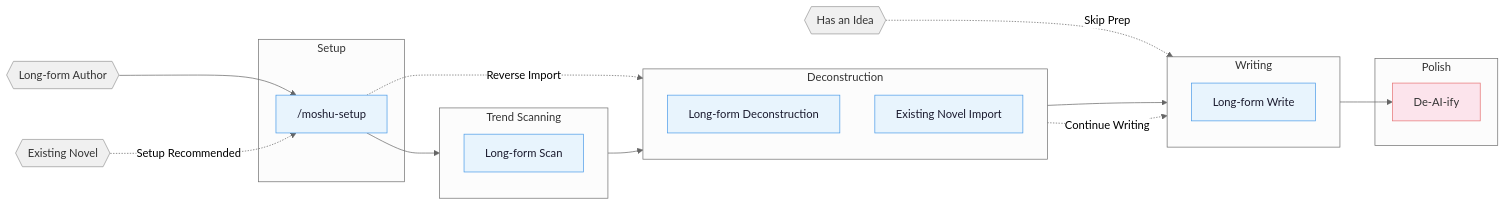
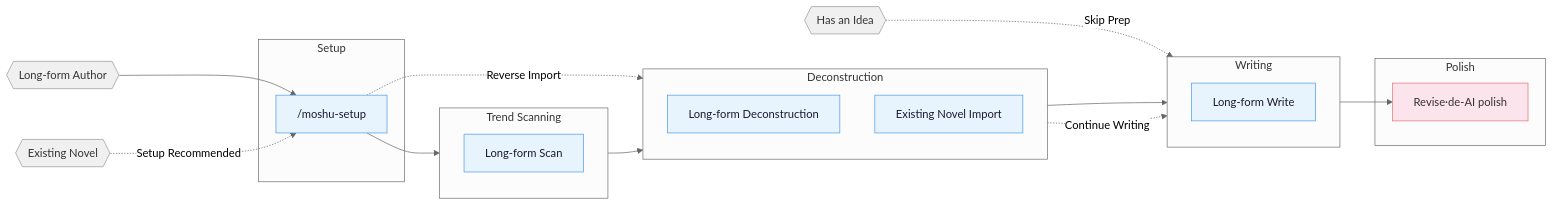
One commit to Chained1001/mo-shu changed the diagram in README_EN.md. Above: the diagram before and after it, drawn with Mermaid (neutral theme). The commit also changed other lines of this file and 52 other files, not shown here.

Commit message:
b95: 写作模式重构——单章+日更并统一逐章写作车道（K 参数/删 workflow-chapter）+A 段分级（批中轻量 A'+三个每章差异项）+三遍法批内时序+滚动补纲预告+改稿两路（文字打磨[deslop 收编方法论并入]/问题修复）+删 moshu-deslop 技能 12→11（shared-assets source 迁 write+marketplace/CLAUDE.tmpl/review 四出口涟漪）+chapter-core 四处去重归位+E 组章纲打磨补强

````diff
--- a/README_EN.md
+++ b/README_EN.md
@@ -25,44 +25,44 @@
 ```mermaid
 flowchart LR
     classDef entry fill:#f0f0f0,color:#333,stroke:#999,stroke-width:1px
     classDef phase fill:#e8f4fd,color:#1a1a2e,stroke:#4a9be8,stroke-width:1px
     classDef final fill:#fce4ec,color:#333,stroke:#e57373,stroke-width:1px
 
     entry_l{{"Long-form Author"}}:::entry
     entry_r{{"Has an Idea"}}:::entry
     entry_i{{"Existing Novel"}}:::entry
 
     subgraph S0 ["  Setup"]
         setup["/moshu-setup"]:::phase
     end
 
     subgraph S1 ["  Trend Scanning"]
         direction TB
         scan_l["Long-form Scan"]:::phase
     end
 
     subgraph S2 ["  Deconstruction"]
         direction TB
         analyze_l["Long-form Deconstruction"]:::phase
         import_l["Existing Novel Import"]:::phase
     end
 
     subgraph S3 ["  Writing"]
         direction TB
         write_l["Long-form Write"]:::phase
     end
 
     subgraph S4 ["  Polish"]
-        deslop["De-AI-ify"]:::final
+        write_r["Revise·de-AI polish"]:::final
     end
 
     entry_l --> setup
     setup --> scan_l
     scan_l --> analyze_l
     analyze_l --> write_l
     entry_r -.->|Skip Prep| write_l
     entry_i -.->|Setup Recommended| setup
     setup -.->|Reverse Import| import_l
     import_l -.->|Continue Writing| write_l
-    write_l --> deslop
+    write_l --> write_r
 ```
````
